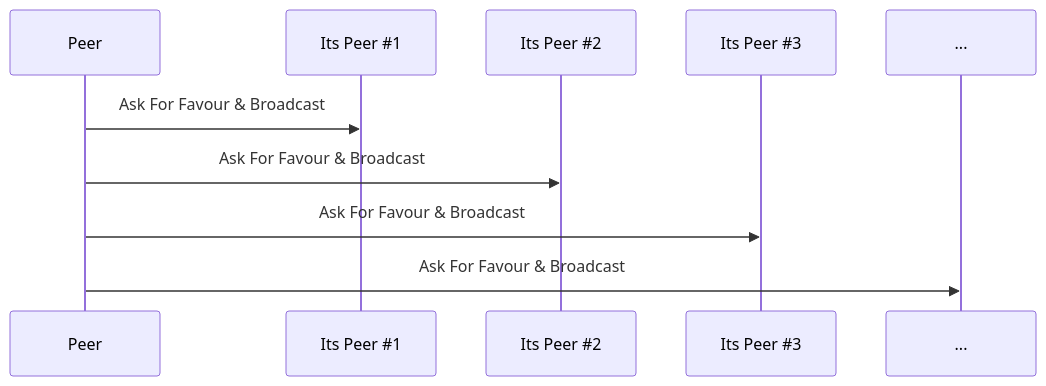
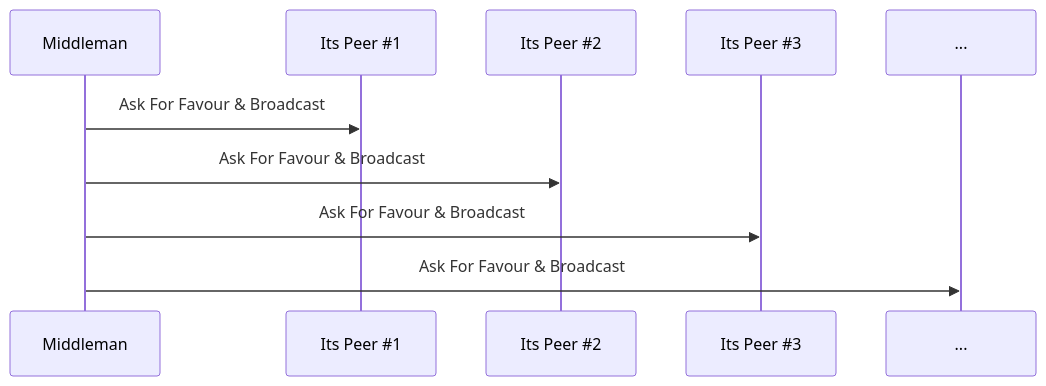
The third of 5 diagrams in whitepaper/protocol.md (DontTrustVerifyOrg/gig-gossip), drawn with Mermaid before and after one commit. The commit also changed other lines of this file, not shown here.

````diff
--- a/whitepaper/protocol.md
+++ b/whitepaper/protocol.md
@@ -106,7 +116,7 @@
 ```mermaid
 sequenceDiagram
-    Peer->>Its Peer #1: Ask For Favour & Broadcast
-    Peer->>Its Peer #2: Ask For Favour & Broadcast
-    Peer->>Its Peer #3: Ask For Favour & Broadcast
-    Peer->>...:Ask For Favour & Broadcast
+    Middleman->>Its Peer #1: Ask For Favour & Broadcast
+    Middleman->>Its Peer #2: Ask For Favour & Broadcast
+    Middleman->>Its Peer #3: Ask For Favour & Broadcast
+    Middleman->>...:Ask For Favour & Broadcast
 ```
````
